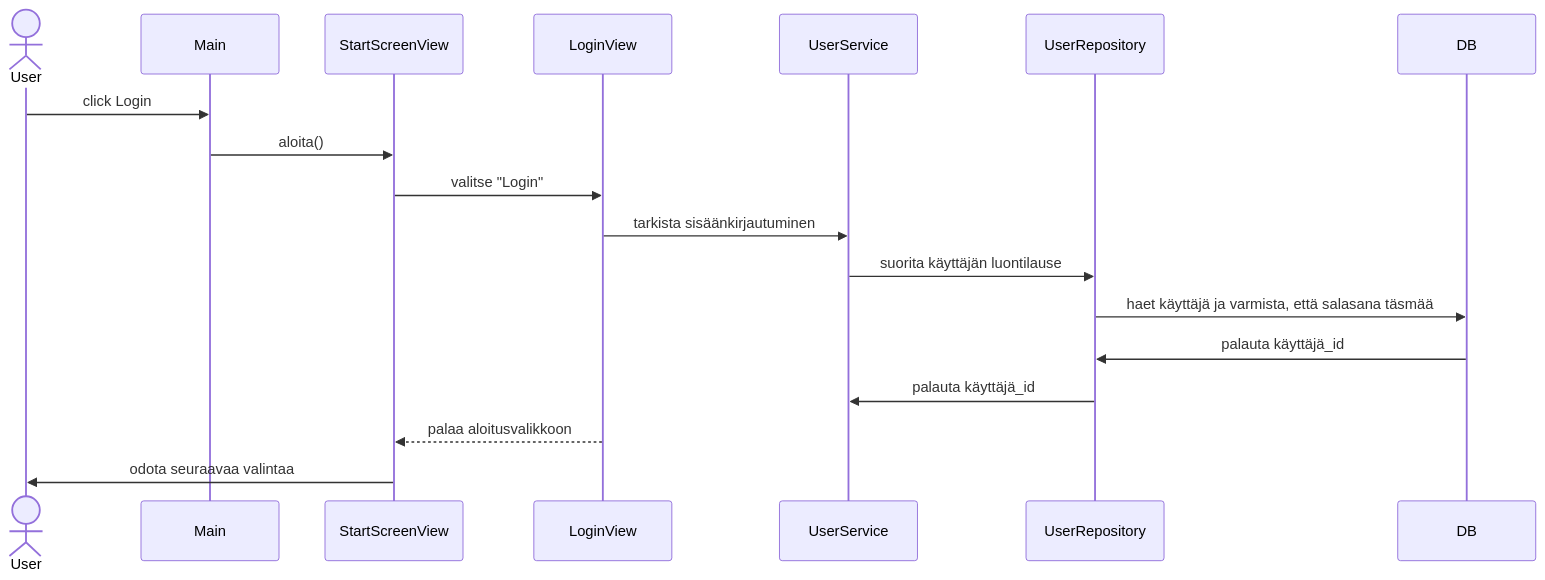
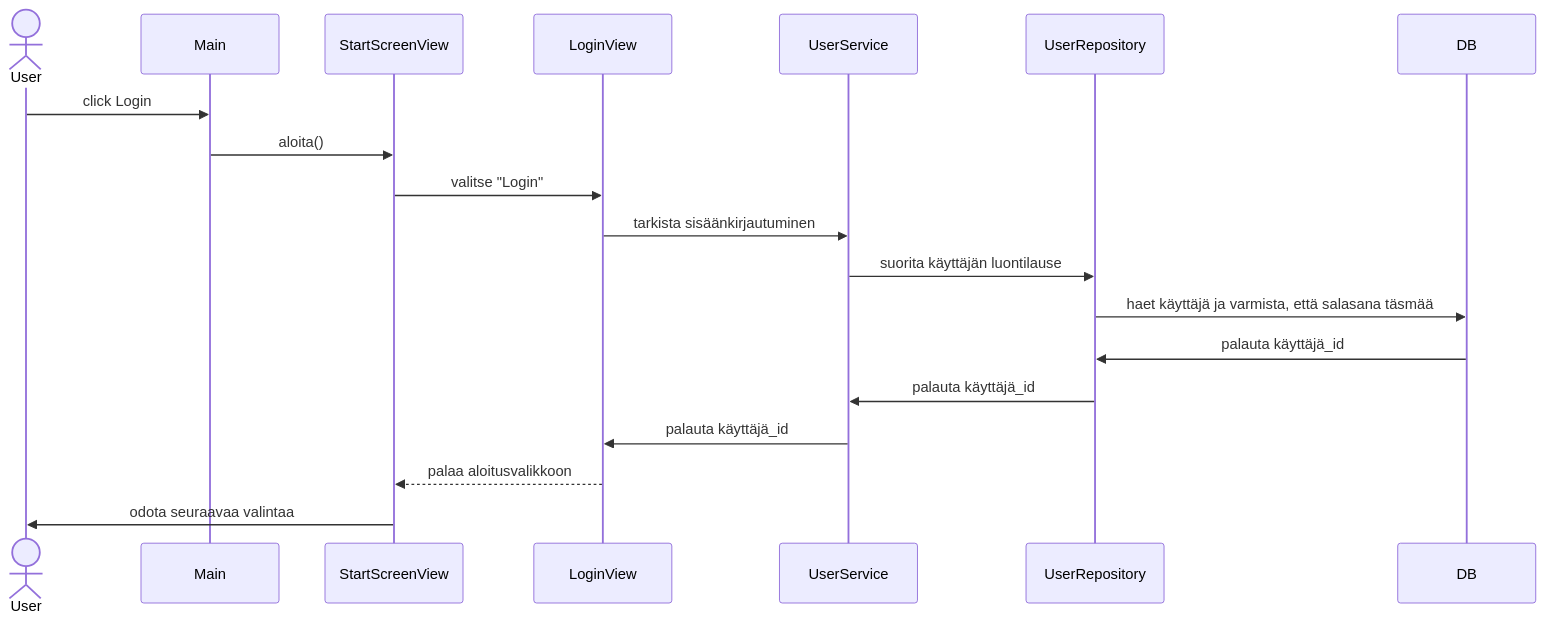
Diagram 12 of 20 in dokumentaatio/arkkitehtuuri.md (Tapir79/ot-harjoitustyo), drawn with Mermaid before and after one commit. The commit also changed other lines of this file, not shown here.

Commit message:
Update architecture

````diff
--- a/dokumentaatio/arkkitehtuuri.md
+++ b/dokumentaatio/arkkitehtuuri.md
@@ -321,23 +321,24 @@
 ```mermaid 
 sequenceDiagram
     actor User
     participant Main
     participant StartScreenView
     participant LoginView
     participant UserService
     participant UserRepository
     participant DB
 
     User->>Main: click Login
     Main->>StartScreenView: aloita()
     StartScreenView->>LoginView: valitse "Login"
     LoginView->>UserService: tarkista sisäänkirjautuminen
     UserService->>UserRepository: suorita käyttäjän luontilause
     UserRepository->>DB: haet käyttäjä ja varmista, että salasana täsmää
     DB->>UserRepository: palauta käyttäjä_id
     UserRepository->>UserService: palauta käyttäjä_id
+    UserService->>LoginView: palauta käyttäjä_id
     LoginView-->>StartScreenView: palaa aloitusvalikkoon
     StartScreenView->>User: odota seuraavaa valintaa
 
 
 ```
````
